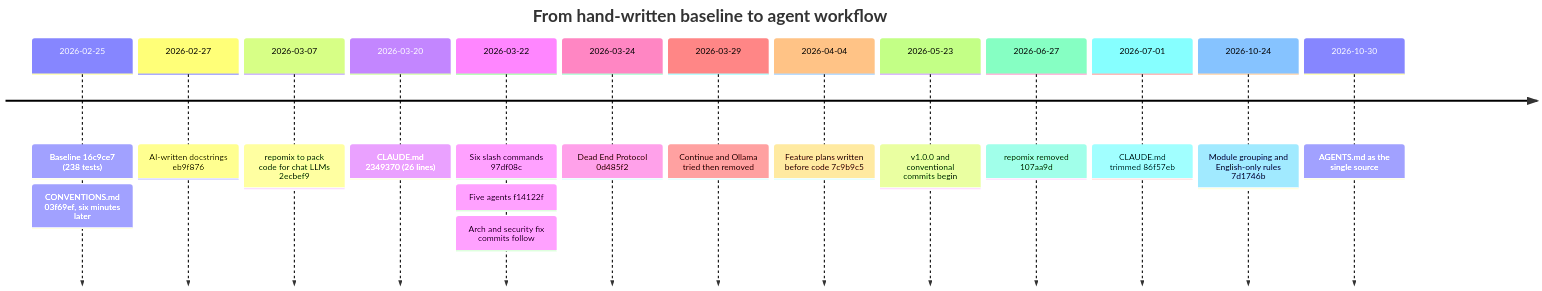
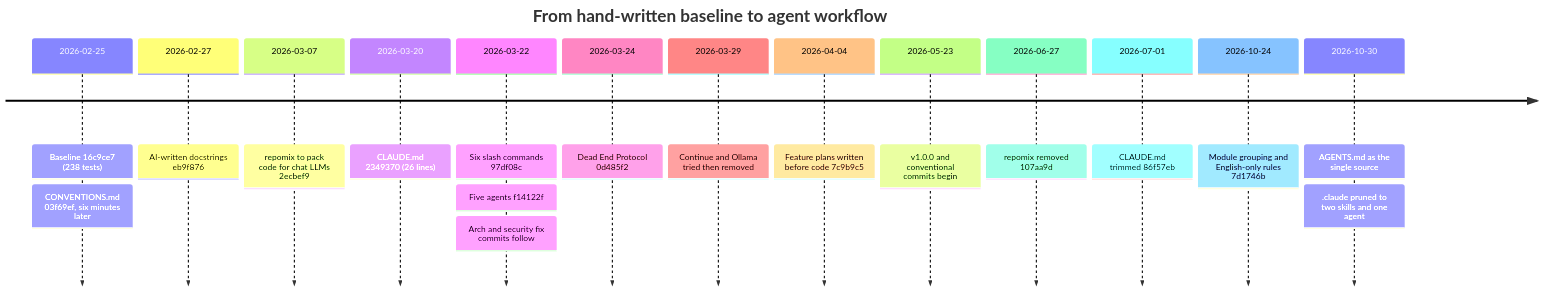
The first of 2 diagrams in docs/technical/ai-assisted-development.md (ychab/museflow), drawn with Mermaid before and after one commit. The commit also changed other lines of this file and 18 other files, not shown here.

First line of the commit message:
chore: prune .claude to the skills and agent in use

````diff
--- a/docs/technical/ai-assisted-development.md
+++ b/docs/technical/ai-assisted-development.md
@@ -17,20 +17,21 @@
 ```mermaid
 timeline
     title From hand-written baseline to agent workflow
     2026-02-25 : Baseline 16c9ce7 (238 tests)
                : CONVENTIONS.md 03f69ef, six minutes later
     2026-02-27 : AI-written docstrings eb9f876
     2026-03-07 : repomix to pack code for chat LLMs 2ecbef9
     2026-03-20 : CLAUDE.md 2349370 (26 lines)
     2026-03-22 : Six slash commands 97df08c
                : Five agents f14122f
                : Arch and security fix commits follow
     2026-03-24 : Dead End Protocol 0d485f2
     2026-03-29 : Continue and Ollama tried then removed
     2026-04-04 : Feature plans written before code 7c9b9c5
     2026-05-23 : v1.0.0 and conventional commits begin
     2026-06-27 : repomix removed 107aa9d
     2026-07-01 : CLAUDE.md trimmed 86f57eb
     2026-10-24 : Module grouping and English-only rules 7d1746b
     2026-10-30 : AGENTS.md as the single source
+               : .claude pruned to two skills and one agent
 ```
````
